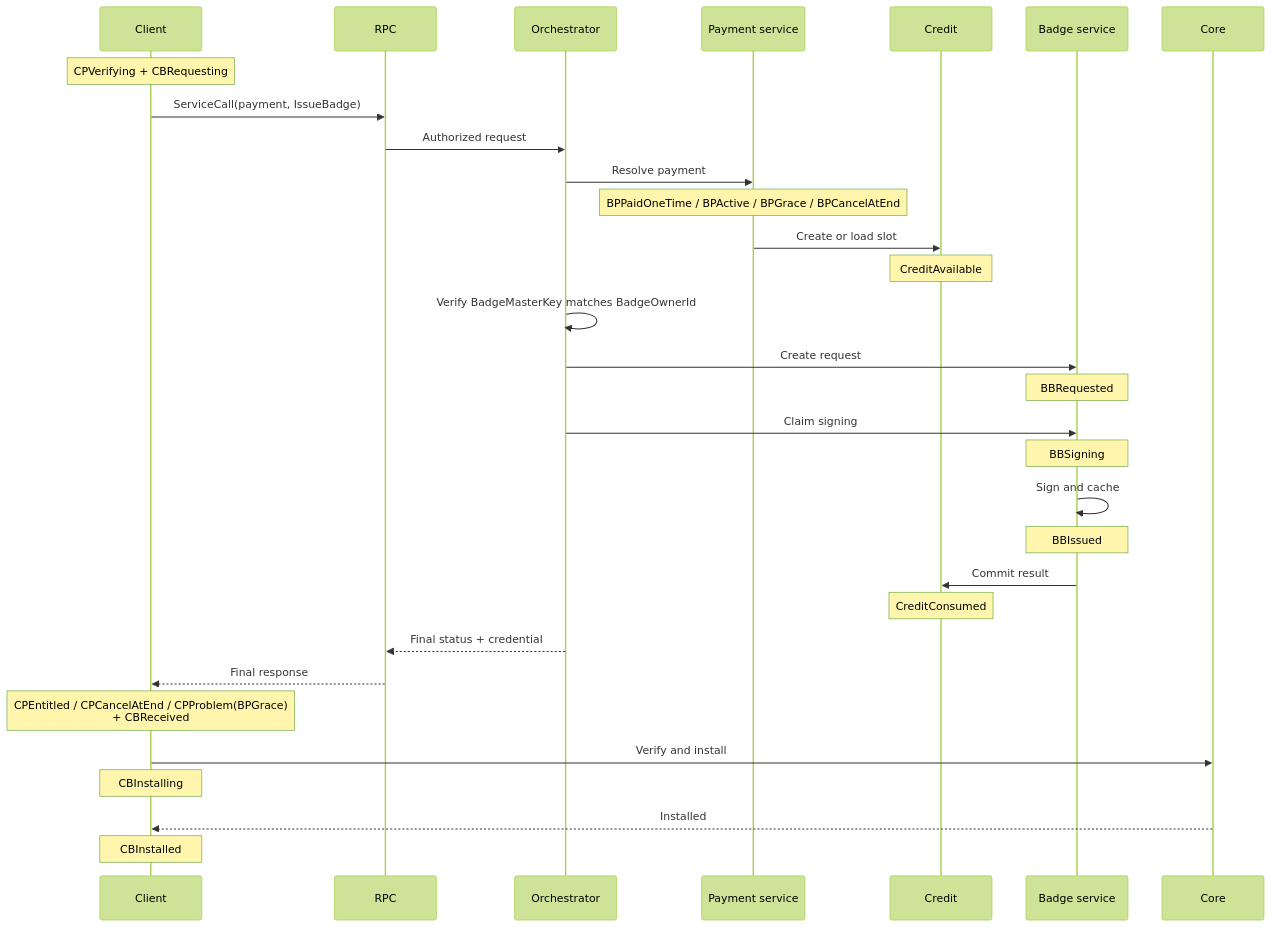
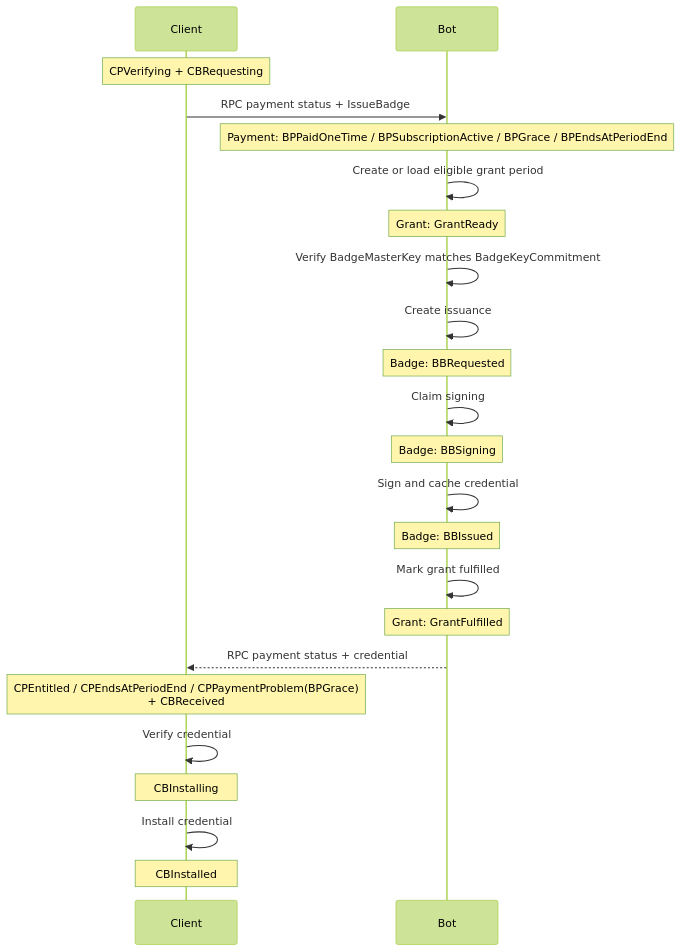
One commit to simplex-chat/simplex-chat changed the second of 6 diagrams in plans/2026-07-20-supporter-badges-v2-implementation.md. Above: the diagram before and after it, drawn with Mermaid (forest theme). The commit also changed other lines of this file and 4 other files, not shown here.

````diff
--- a/plans/2026-07-20-supporter-badges-v2-implementation.md
+++ b/plans/2026-07-20-supporter-badges-v2-implementation.md
@@ -235,33 +228,25 @@
 ```mermaid
 sequenceDiagram
   participant C as Client
-  participant RPC as RPC
-  participant O as Orchestrator
-  participant P as Payment service
-  participant X as Credit
-  participant B as Badge service
-  participant K as Core
+  participant B as Bot
   Note over C: CPVerifying + CBRequesting
-  C->>RPC: ServiceCall(payment, IssueBadge)
-  RPC->>O: Authorized request
-  O->>P: Resolve payment
-  Note over P: BPPaidOneTime / BPActive / BPGrace / BPCancelAtEnd
-  P->>X: Create or load slot
-  Note over X: CreditAvailable
-  O->>O: Verify BadgeMasterKey matches BadgeOwnerId
-  O->>B: Create request
-  Note over B: BBRequested
-  O->>B: Claim signing
-  Note over B: BBSigning
-  B->>B: Sign and cache
-  Note over B: BBIssued
-  B->>X: Commit result
-  Note over X: CreditConsumed
-  O-->>RPC: Final status + credential
-  RPC-->>C: Final response
-  Note over C: CPEntitled / CPCancelAtEnd / CPProblem(BPGrace)<br/>+ CBReceived
-  C->>K: Verify and install
+  C->>B: RPC payment status + IssueBadge
+  Note over B: Payment: BPPaidOneTime / BPSubscriptionActive / BPGrace / BPEndsAtPeriodEnd
+  B->>B: Create or load eligible grant period
+  Note over B: Grant: GrantReady
+  B->>B: Verify BadgeMasterKey matches BadgeKeyCommitment
+  B->>B: Create issuance
+  Note over B: Badge: BBRequested
+  B->>B: Claim signing
+  Note over B: Badge: BBSigning
+  B->>B: Sign and cache credential
+  Note over B: Badge: BBIssued
+  B->>B: Mark grant fulfilled
+  Note over B: Grant: GrantFulfilled
+  B-->>C: RPC payment status + credential
+  Note over C: CPEntitled / CPEndsAtPeriodEnd / CPPaymentProblem(BPGrace)<br/>+ CBReceived
+  C->>C: Verify credential
   Note over C: CBInstalling
-  K-->>C: Installed
+  C->>C: Install credential
   Note over C: CBInstalled
 ```
````
